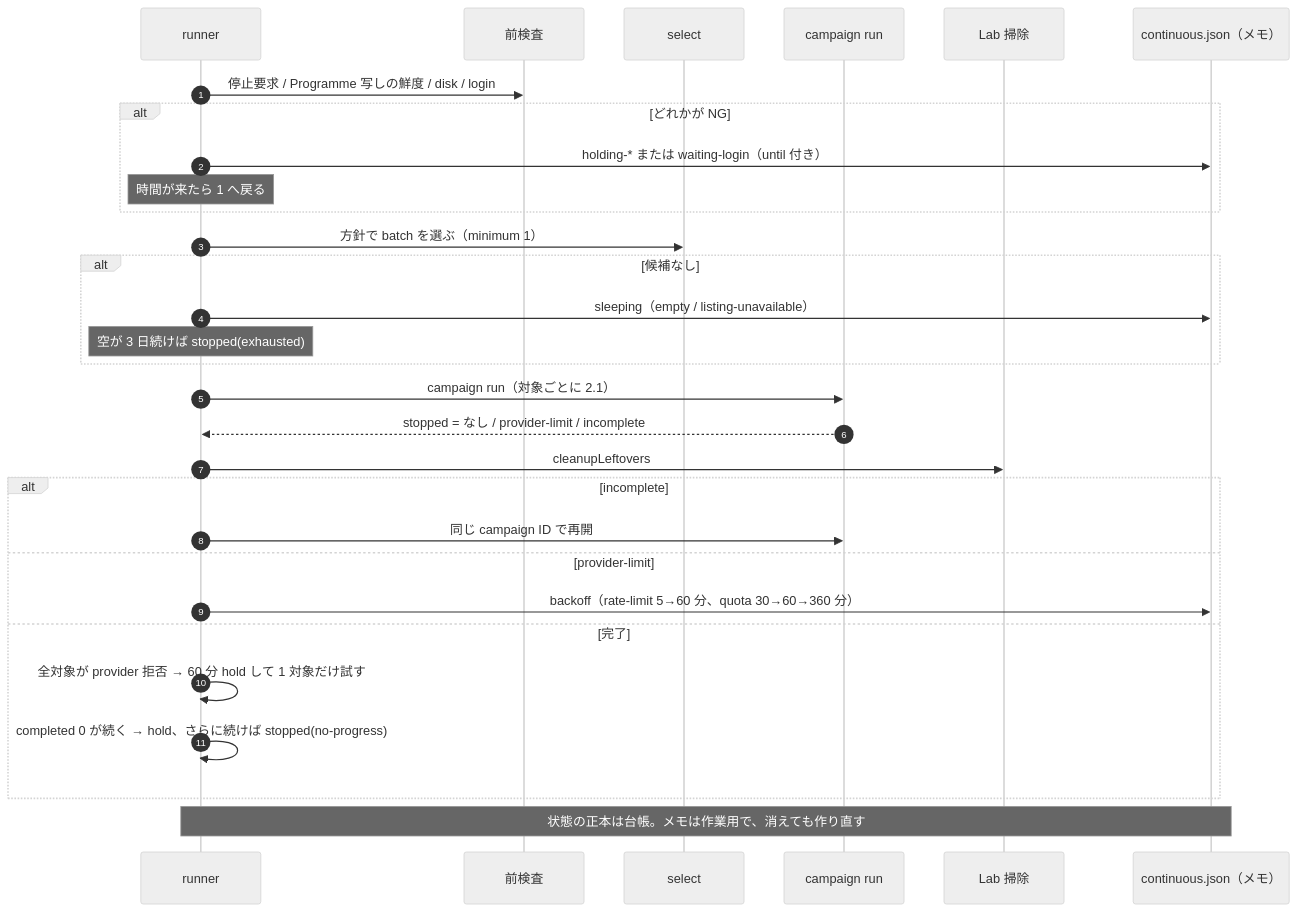
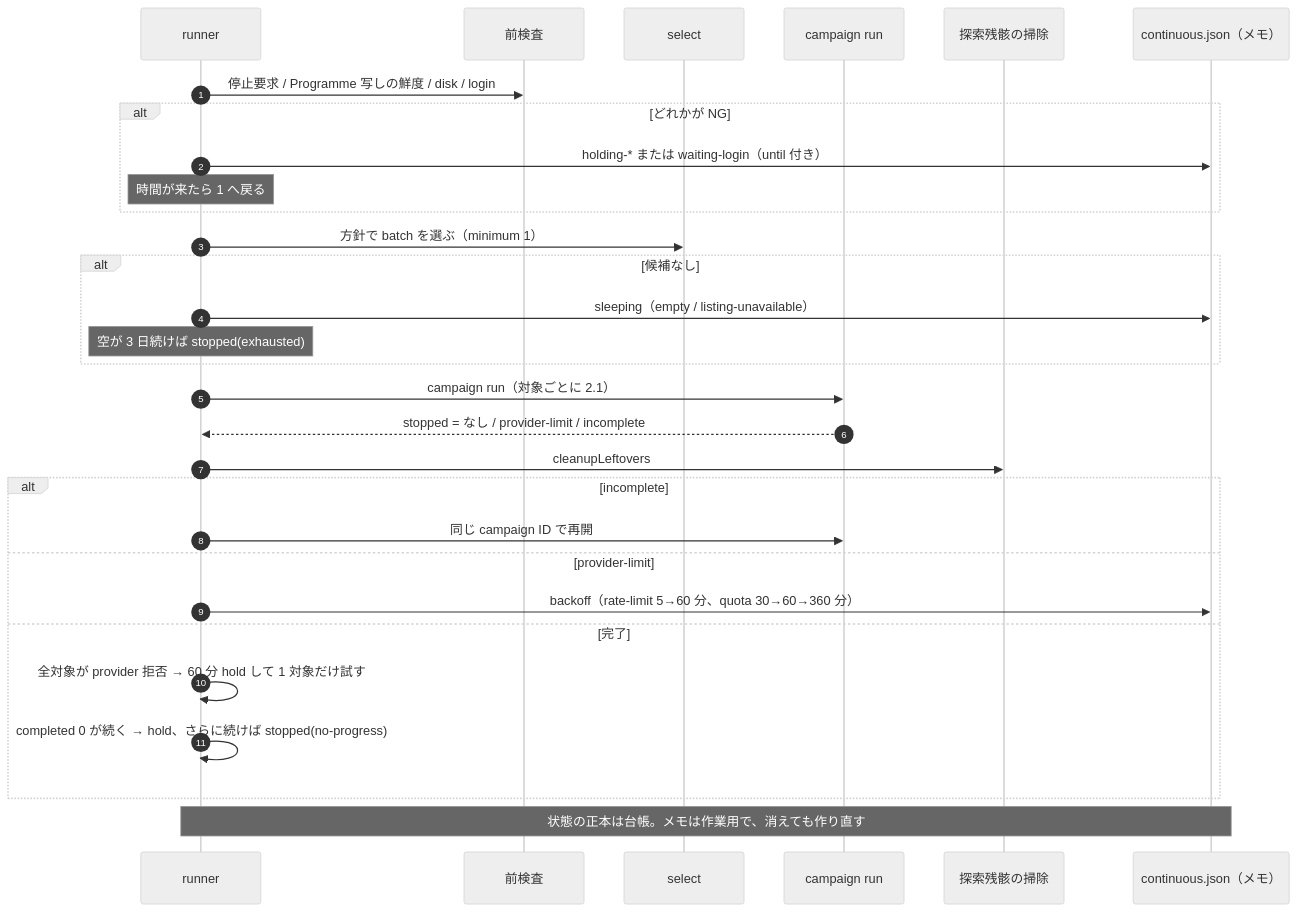
One commit to momoponwork1415-lgtm/wordpress-bounty-harness changed the sixth of 12 diagrams in docs/SYSTEM-DIAGRAMS.md. Above: the diagram before and after it, drawn with Mermaid (neutral theme). The commit also changed 14 other files, not shown here.

````diff
--- a/docs/SYSTEM-DIAGRAMS.md
+++ b/docs/SYSTEM-DIAGRAMS.md
@@ -192,33 +192,33 @@
 ```mermaid
 sequenceDiagram
   autonumber
   participant R as runner
   participant F as 前検査
   participant S as select
   participant C as campaign run
-  participant Lab as Lab 掃除
+  participant Lab as 探索残骸の掃除
   participant M as continuous.json（メモ）
 
   R->>F: 停止要求 / Programme 写しの鮮度 / disk / login
   alt どれかが NG
     R->>M: holding-* または waiting-login（until 付き）
     Note over R: 時間が来たら 1 へ戻る
   end
   R->>S: 方針で batch を選ぶ（minimum 1）
   alt 候補なし
     R->>M: sleeping（empty / listing-unavailable）
     Note over R: 空が 3 日続けば stopped(exhausted)
   end
   R->>C: campaign run（対象ごとに 2.1）
   C-->>R: stopped = なし / provider-limit / incomplete
   R->>Lab: cleanupLeftovers
   alt incomplete
     R->>C: 同じ campaign ID で再開
   else provider-limit
     R->>M: backoff（rate-limit 5→60 分、quota 30→60→360 分）
   else 完了
     R->>R: 全対象が provider 拒否 → 60 分 hold して 1 対象だけ試す
     R->>R: completed 0 が続く → hold、さらに続けば stopped(no-progress)
   end
   Note over R,M: 状態の正本は台帳。メモは作業用で、消えても作り直す
 ```
````
